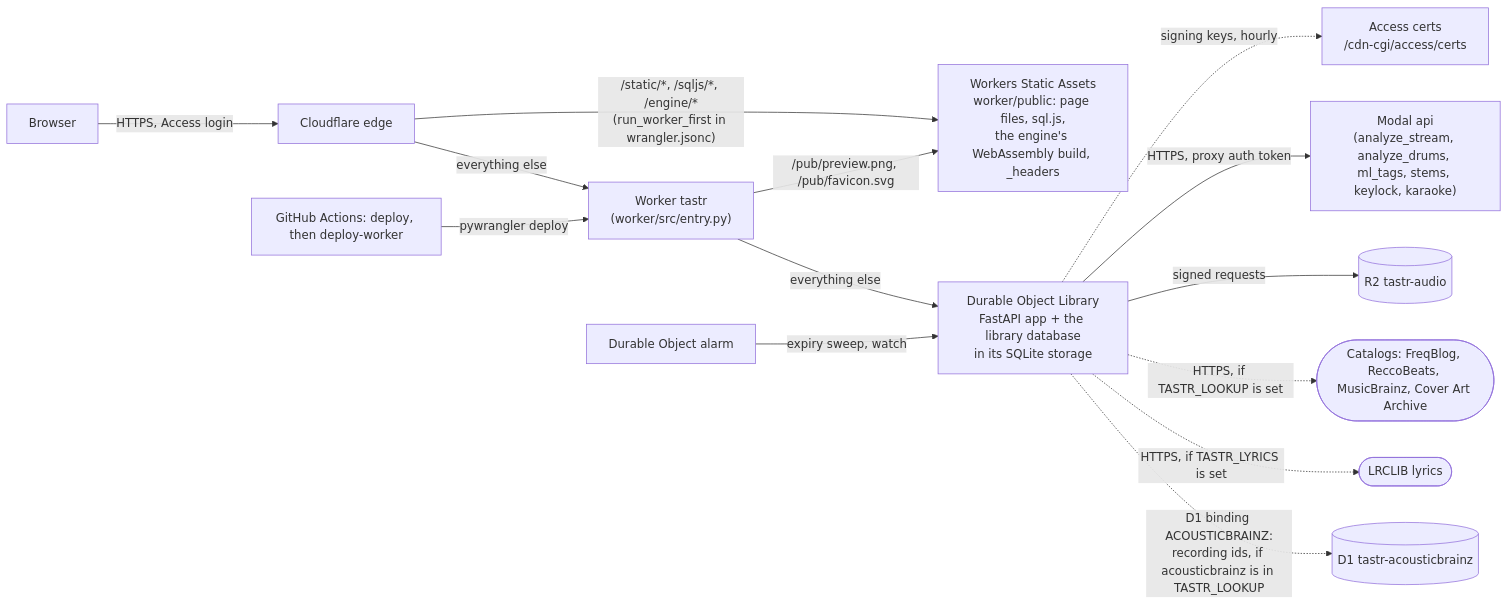
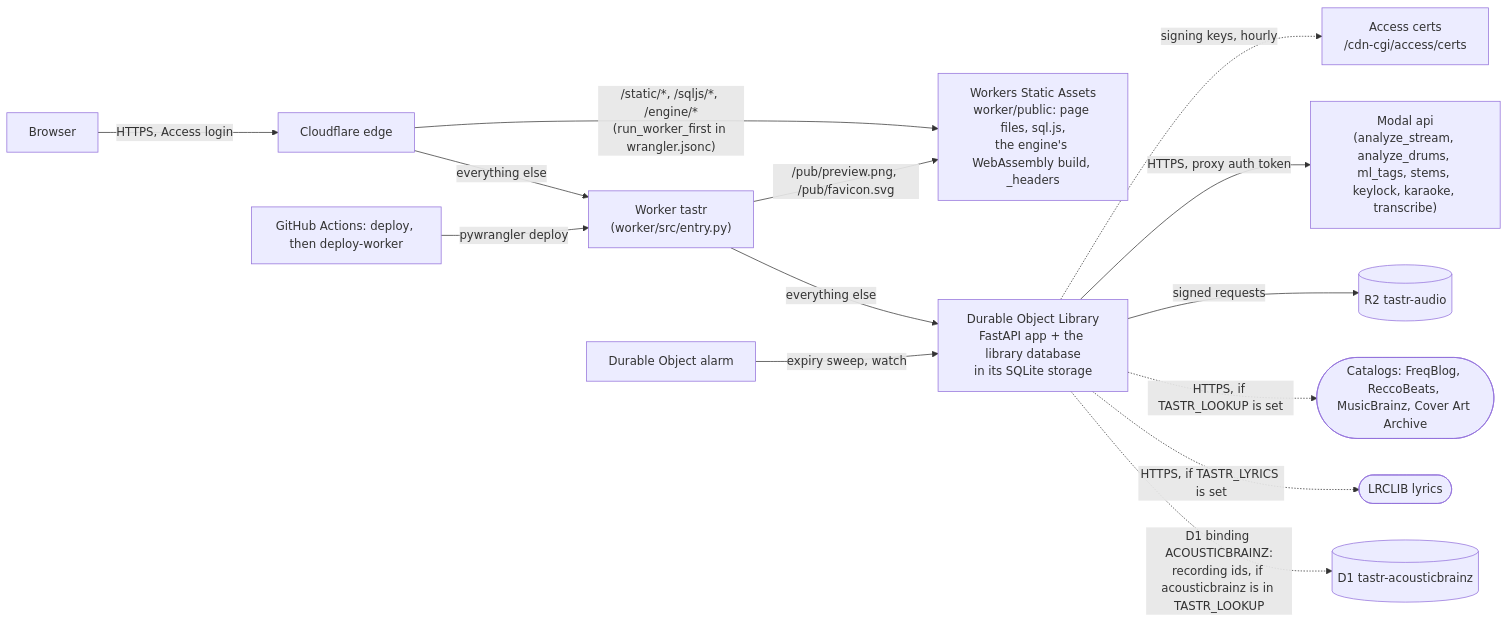
Before and after one commit to pocketIlmatto/tastr: the third of 3 diagrams in docs/hosting-map.md, drawn with Mermaid. The commit also changed other lines of this file and 16 other files, not shown here.

````diff
--- a/docs/hosting-map.md
+++ b/docs/hosting-map.md
@@ -358,16 +364,16 @@
 ```mermaid
 flowchart LR
     B[Browser] -->|HTTPS, Access login| CF[Cloudflare edge]
     CF -->|"everything else"| W["Worker tastr<br/>(worker/src/entry.py)"]
     CF -->|"/static/*, /sqljs/*, /engine/*<br/>(run_worker_first in wrangler.jsonc)"| SA["Workers Static Assets<br/>worker/public: page files, sql.js,<br/>the engine's WebAssembly build, _headers"]
     W -->|"/pub/preview.png, /pub/favicon.svg"| SA
     W -->|everything else| DO["Durable Object Library<br/>FastAPI app + the library database<br/>in its SQLite storage"]
     DO -.->|signing keys, hourly| AK[Access certs<br/>/cdn-cgi/access/certs]
     AL[Durable Object alarm] -->|expiry sweep, watch| DO
     GHD[GitHub Actions: deploy, then deploy-worker] -->|pywrangler deploy| W
-    DO -->|HTTPS, proxy auth token| MA["Modal api<br/>(analyze_stream, analyze_drums, ml_tags, stems, keylock, karaoke)"]
+    DO -->|HTTPS, proxy auth token| MA["Modal api<br/>(analyze_stream, analyze_drums, ml_tags, stems, keylock, karaoke, transcribe)"]
     DO -->|signed requests| R2B[(R2 tastr-audio)]
     DO -.->|HTTPS, if TASTR_LOOKUP is set| CAT2([Catalogs: FreqBlog, ReccoBeats, MusicBrainz, Cover Art Archive])
     DO -.->|HTTPS, if TASTR_LYRICS is set| LRC2([LRCLIB lyrics])
     DO -.->|"D1 binding ACOUSTICBRAINZ:<br/>recording ids, if acousticbrainz is in TASTR_LOOKUP"| D1B[(D1 tastr-acousticbrainz)]
 ```
````
